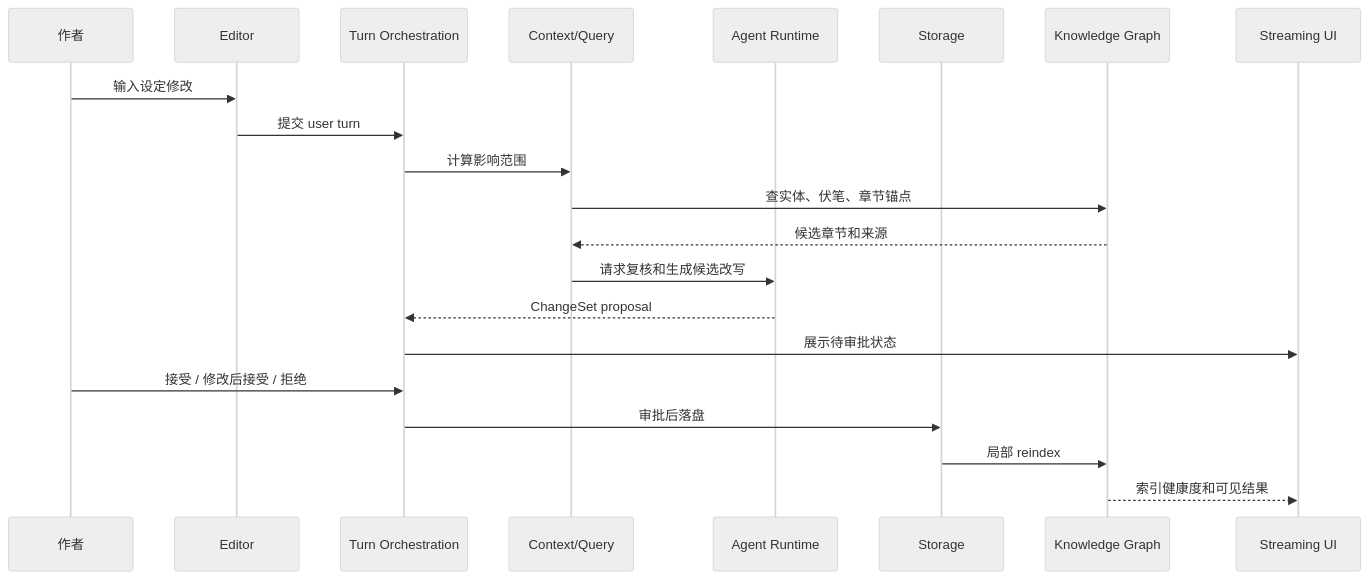
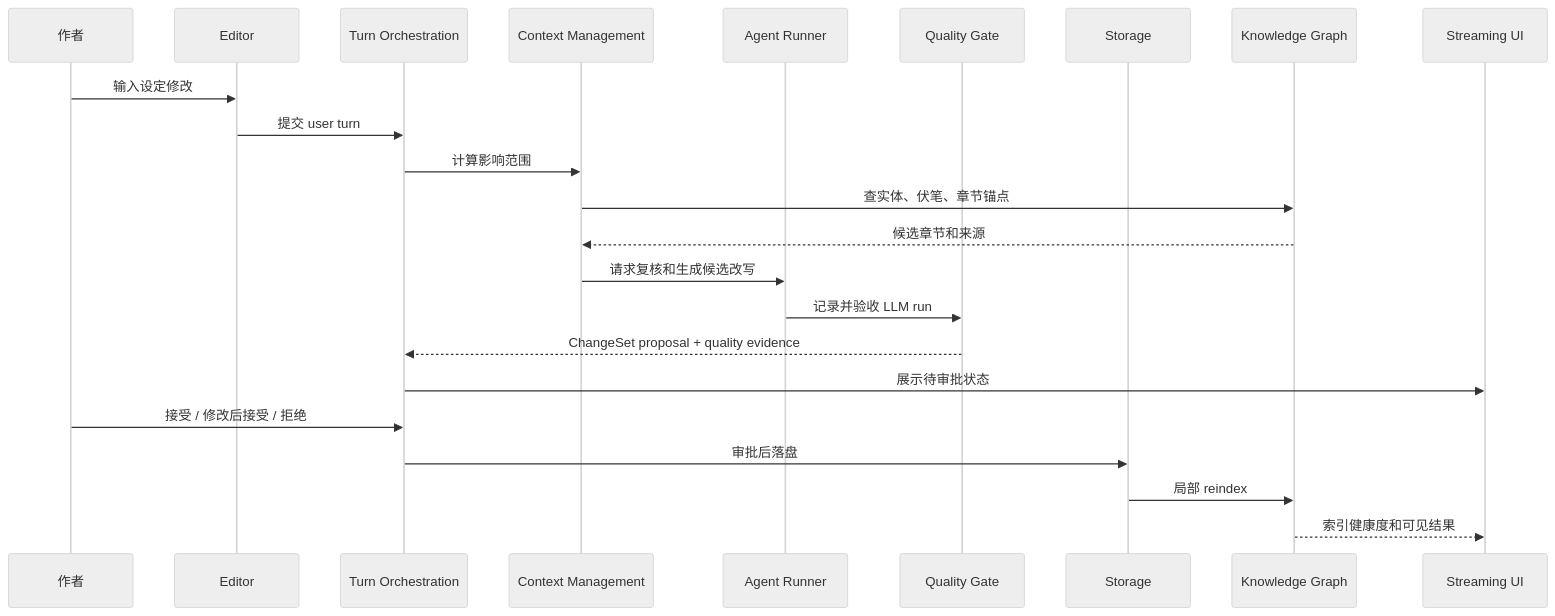
The second of 3 diagrams in spec/S00-system-contract.md (jinhuang712/open-novel), drawn with Mermaid (neutral theme) before and after one commit. The commit also changed other lines of this file and 65 other files, not shown here.

````diff
--- a/spec/S00-system-contract.md
+++ b/spec/S00-system-contract.md
@@ -46,24 +52,26 @@
 ```mermaid
 sequenceDiagram
   participant U as 作者
   participant E as Editor
   participant O as Turn Orchestration
-  participant Q as Context/Query
-  participant R as Agent Runtime
+  participant Q as Context Management
+  participant R as Agent Runner
+  participant H as Quality Gate
   participant S as Storage
   participant K as Knowledge Graph
   participant V as Streaming UI
 
   U->>E: 输入设定修改
   E->>O: 提交 user turn
   O->>Q: 计算影响范围
   Q->>K: 查实体、伏笔、章节锚点
   K-->>Q: 候选章节和来源
   Q->>R: 请求复核和生成候选改写
-  R-->>O: ChangeSet proposal
+  R->>H: 记录并验收 LLM run
+  H-->>O: ChangeSet proposal + quality evidence
   O->>V: 展示待审批状态
   U->>O: 接受 / 修改后接受 / 拒绝
   O->>S: 审批后落盘
   S->>K: 局部 reindex
   K-->>V: 索引健康度和可见结果
 ```
````
